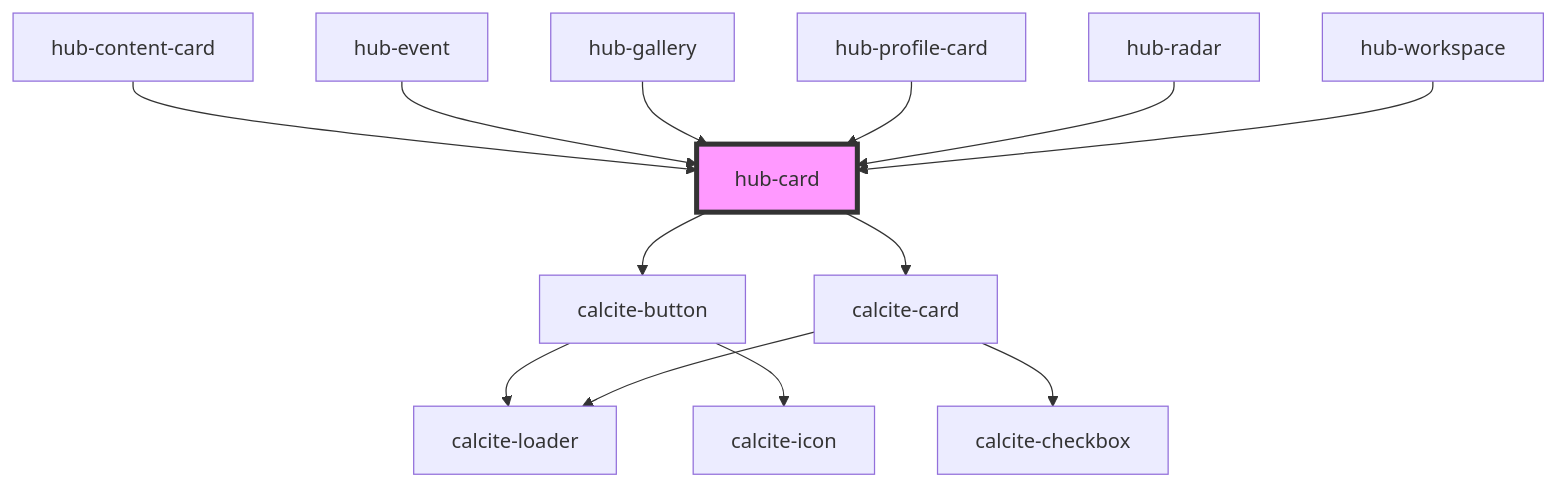
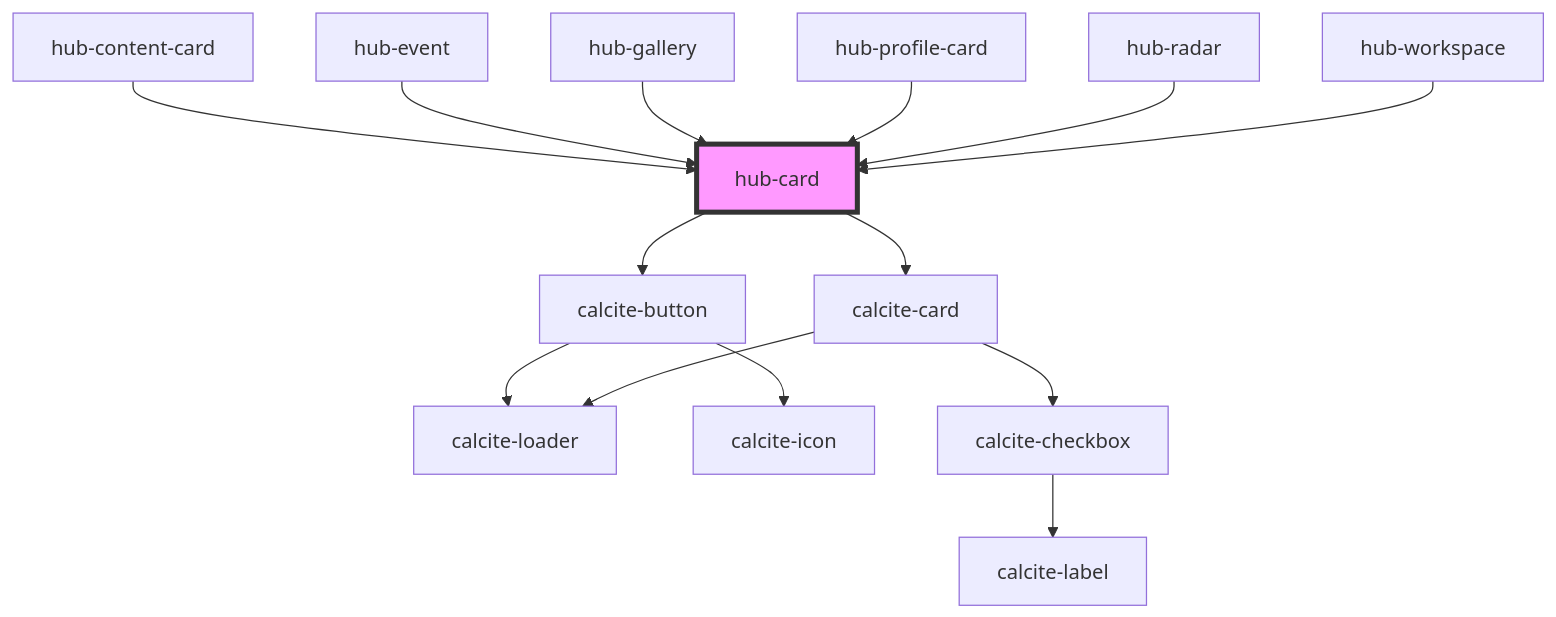
The diagram in src/components/presentation/hub-card/readme.md (esridc/hub-components-experiments), drawn with Mermaid before and after one commit. The commit also changed 29 other files, not shown here.

````diff
--- a/src/components/presentation/hub-card/readme.md
+++ b/src/components/presentation/hub-card/readme.md
@@ -40,16 +40,17 @@
 ```mermaid
 graph TD;
   hub-card --> calcite-button
   hub-card --> calcite-card
   calcite-button --> calcite-loader
   calcite-button --> calcite-icon
   calcite-card --> calcite-loader
   calcite-card --> calcite-checkbox
+  calcite-checkbox --> calcite-label
   hub-content-card --> hub-card
   hub-event --> hub-card
   hub-gallery --> hub-card
   hub-profile-card --> hub-card
   hub-radar --> hub-card
   hub-workspace --> hub-card
   style hub-card fill:#f9f,stroke:#333,stroke-width:4px
 ```
````
